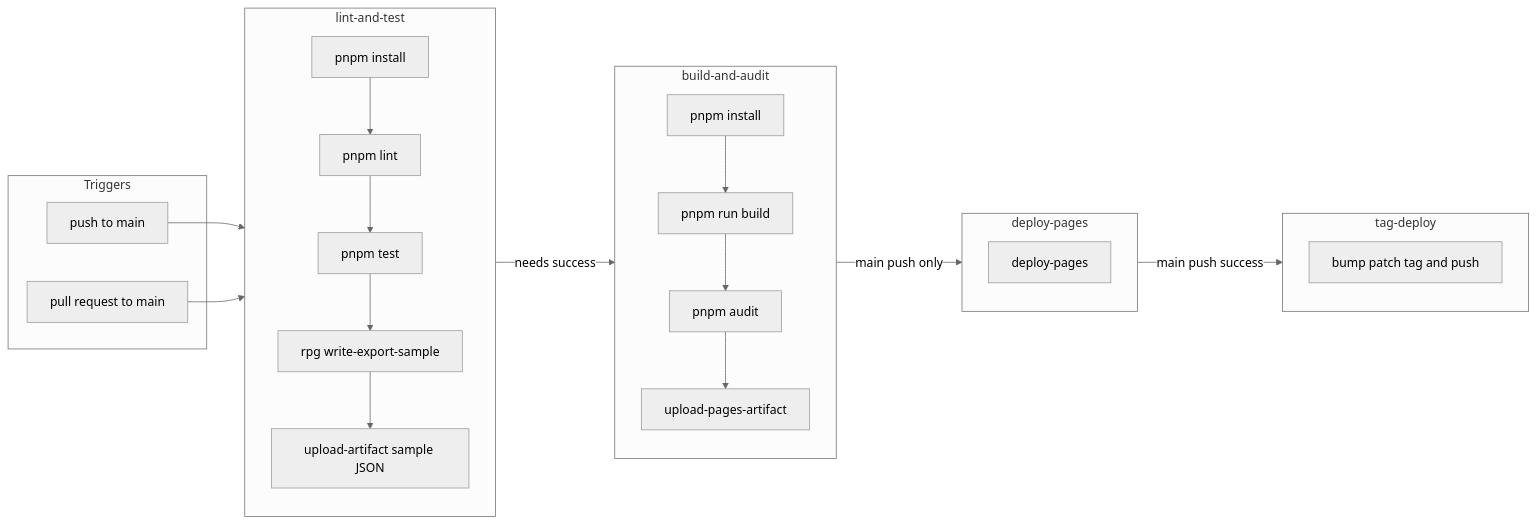
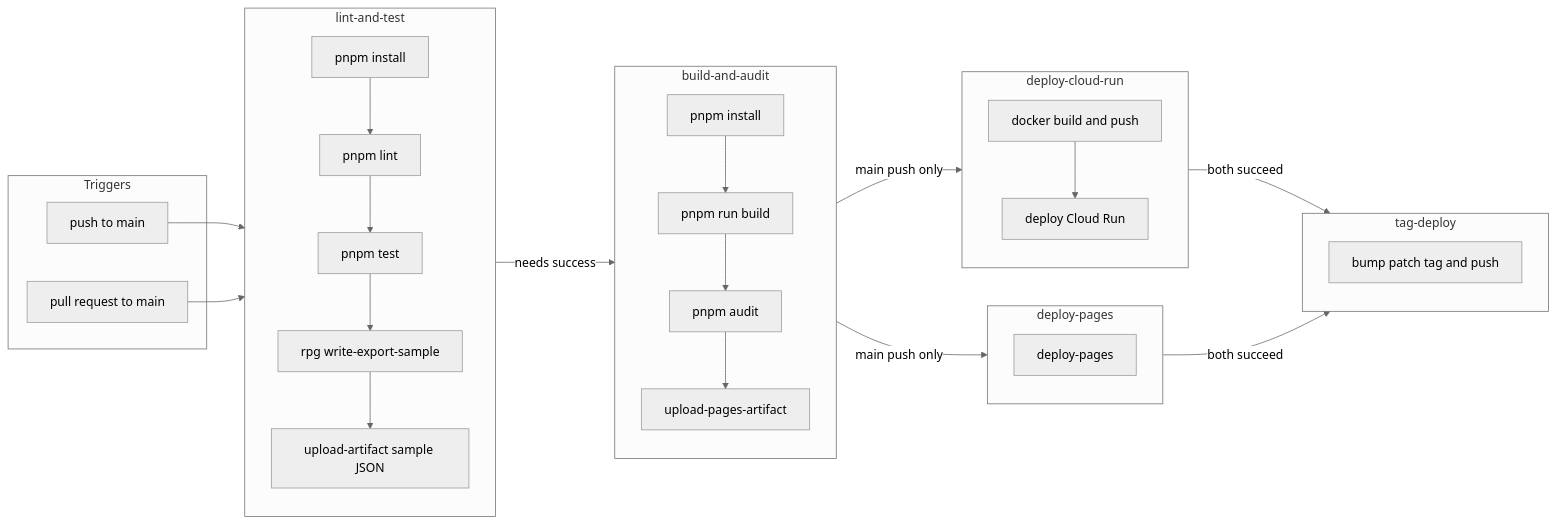
One commit to VRossi18/rick-morty-portal changed the diagram in README.md. Above: the diagram before and after it, drawn with Mermaid (neutral theme). The commit also changed other lines of this file and 13 other files, not shown here.

````diff
--- a/README.md
+++ b/README.md
@@ -34,33 +44,40 @@
 ```mermaid
 flowchart LR
    subgraph trigger [Triggers]
       push[push to main]
       pr[pull request to main]
    end
    subgraph job1 [lint-and-test]
       install1[pnpm install]
       lint[pnpm lint]
       test[pnpm test]
       rpgSample[rpg write-export-sample]
       artifact[upload-artifact sample JSON]
       install1 --> lint --> test --> rpgSample --> artifact
    end
    subgraph job2 [build-and-audit]
       install2[pnpm install]
       build[pnpm run build]
       audit[pnpm audit]
       upload[upload-pages-artifact]
       install2 --> build --> audit --> upload
    end
-   subgraph job3 [deploy-pages]
+   subgraph job3 [deploy-cloud-run]
+      docker[docker build and push]
+      cloudRun[deploy Cloud Run]
+      docker --> cloudRun
+   end
+   subgraph job4 [deploy-pages]
       deploy[deploy-pages]
    end
-   subgraph job4 [tag-deploy]
+   subgraph job5 [tag-deploy]
       tagBump[bump patch tag and push]
    end
    push --> job1
    pr --> job1
    job1 -->|needs success| job2
    job2 -->|main push only| job3
-   job3 -->|main push success| job4
+   job2 -->|main push only| job4
+   job3 -->|both succeed| job5
+   job4 -->|both succeed| job5
 ```
````
